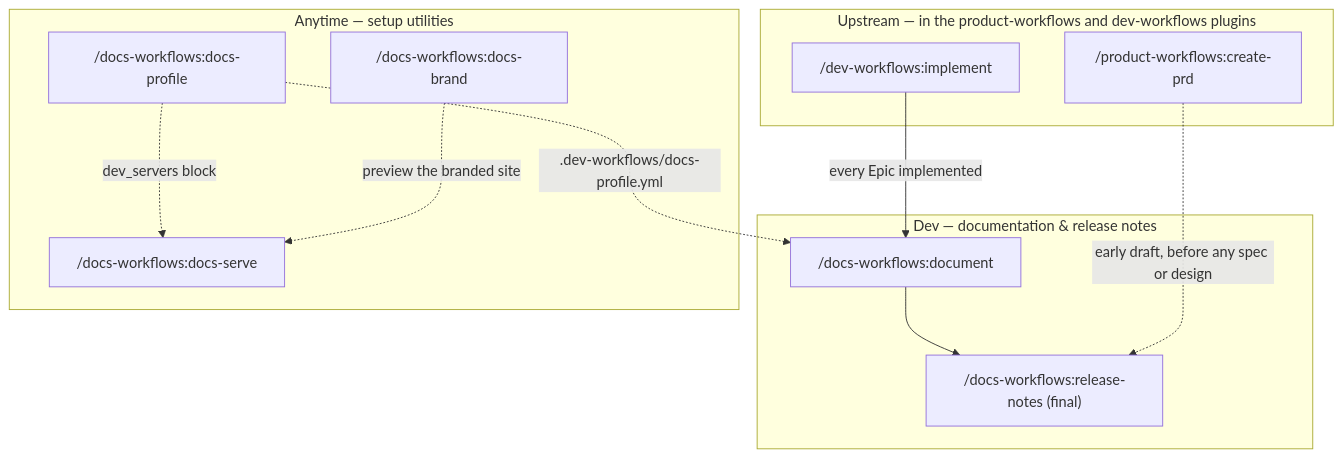
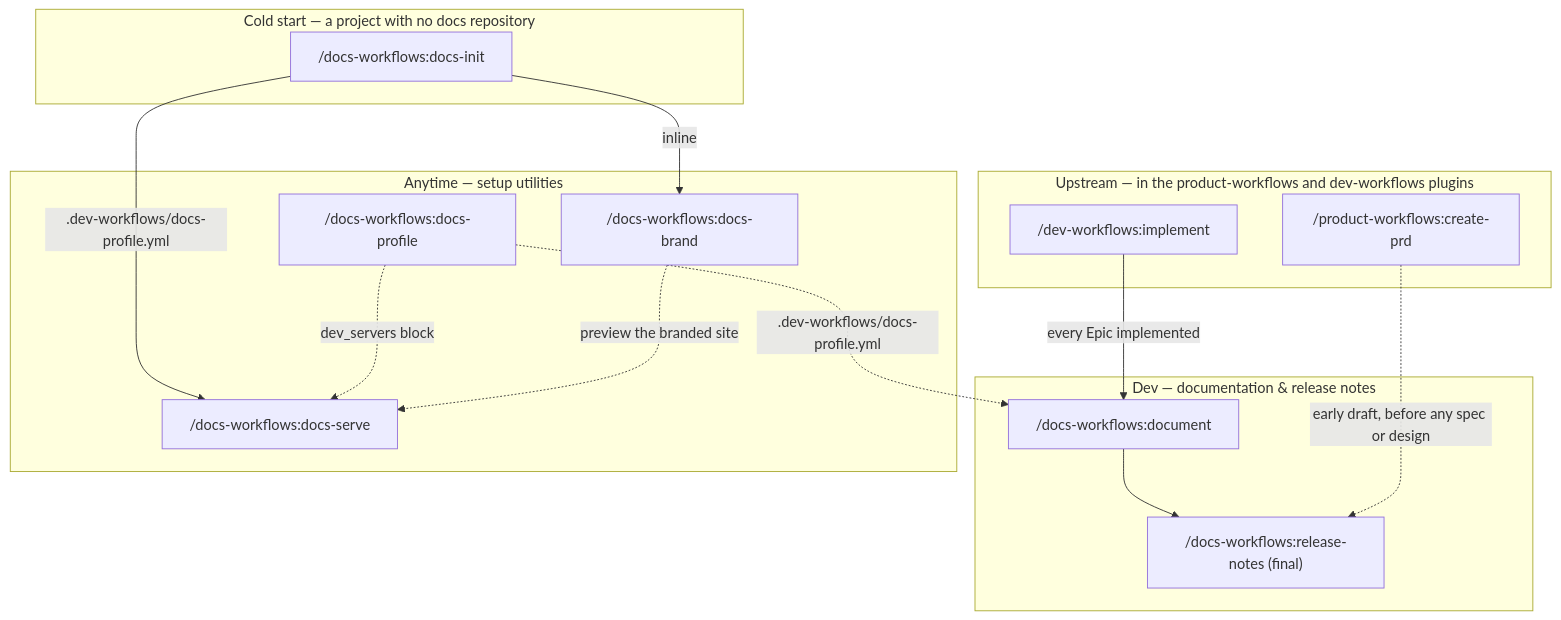
One commit to ihudak/ihudak-claude-plugins changed the diagram in plugins/docs-workflows/docs/workflow.md. Above: the diagram before and after it, drawn with Mermaid. The commit also changed other lines of this file and 15 other files, not shown here.

First line of the commit message:
feat(docs-workflows): /docs-init — scaffold a docs repo that builds, serves and lints

````diff
--- a/plugins/docs-workflows/docs/workflow.md
+++ b/plugins/docs-workflows/docs/workflow.md
@@ -5,23 +5,28 @@
 ```mermaid
 flowchart TD
     subgraph UP["Upstream — in the product-workflows and dev-workflows plugins"]
         implement["/dev-workflows:implement"]
         createprd["/product-workflows:create-prd"]
     end
     subgraph DOCS["Dev — documentation & release notes"]
         document["/docs-workflows:document"]
         rndev["/docs-workflows:release-notes (final)"]
         document --> rndev
     end
+    subgraph COLD["Cold start — a project with no docs repository"]
+        init["/docs-workflows:docs-init"]
+    end
     subgraph SETUP["Anytime — setup utilities"]
         profile["/docs-workflows:docs-profile"]
         brand["/docs-workflows:docs-brand"]
         docsserve["/docs-workflows:docs-serve"]
     end
 
     implement -->|every Epic implemented| document
     createprd -.->|early draft, before any spec or design| rndev
+    init -->|inline| brand
+    init -->|.dev-workflows/docs-profile.yml| docsserve
     profile -.->|.dev-workflows/docs-profile.yml| document
     profile -.->|dev_servers block| docsserve
     brand -.->|preview the branded site| docsserve
 ```
````
